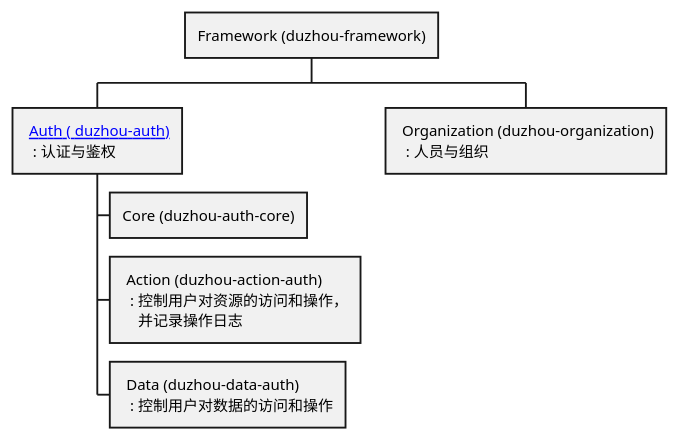
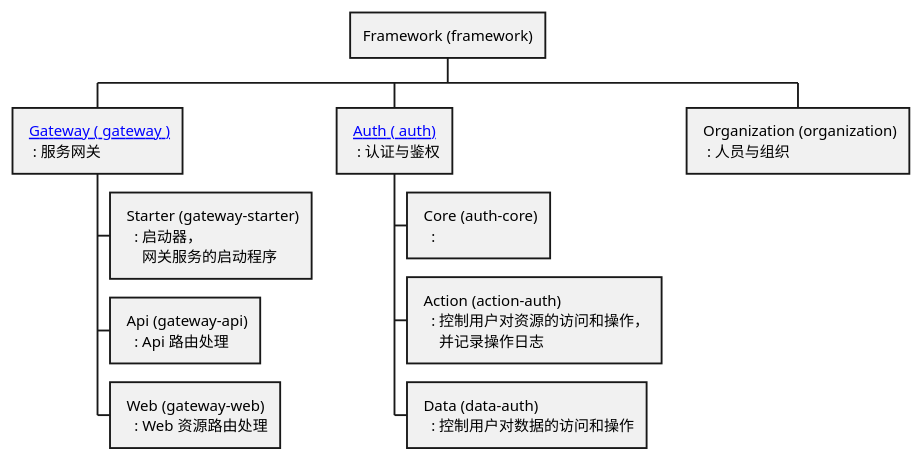
The diagram in docs/100.platform/100.development/200.framework/500.backend/index.md (crazydan-studio/duzhou.crazydan.io), drawn with PlantUML before and after one commit. The commit also changed other lines of this file, not shown here.

````diff
--- a/docs/100.platform/100.development/200.framework/500.backend/index.md
+++ b/docs/100.platform/100.development/200.framework/500.backend/index.md
@@ -12,17 +12,28 @@
 ```plantuml
 @startwbs
-* Framework (duzhou-framework)
+* Framework (framework)
 
-**: [[./auth Auth ( duzhou-auth)]]
+**: [[./gateway Gateway ( gateway )]]
+  : 服务网关;
+***: Starter (gateway-starter)
+   : 启动器，
+     网关服务的启动程序;
+***: Api (gateway-api)
+   : Api 路由处理;
+***: Web (gateway-web)
+   : Web 资源路由处理;
+
+**: [[./auth Auth ( auth)]]
   : 认证与鉴权;
-*** Core (duzhou-auth-core)
-***: Action (duzhou-action-auth)
-  : 控制用户对资源的访问和操作，
-    并记录操作日志;
-***: Data (duzhou-data-auth)
-  : 控制用户对数据的访问和操作;
+***: Core (auth-core)
+   : ;
+***: Action (action-auth)
+   : 控制用户对资源的访问和操作，
+     并记录操作日志;
+***: Data (data-auth)
+   : 控制用户对数据的访问和操作;
 
-**: Organization (duzhou-organization)
+**: Organization (organization)
   : 人员与组织;
 @endwbs
 ```
````
